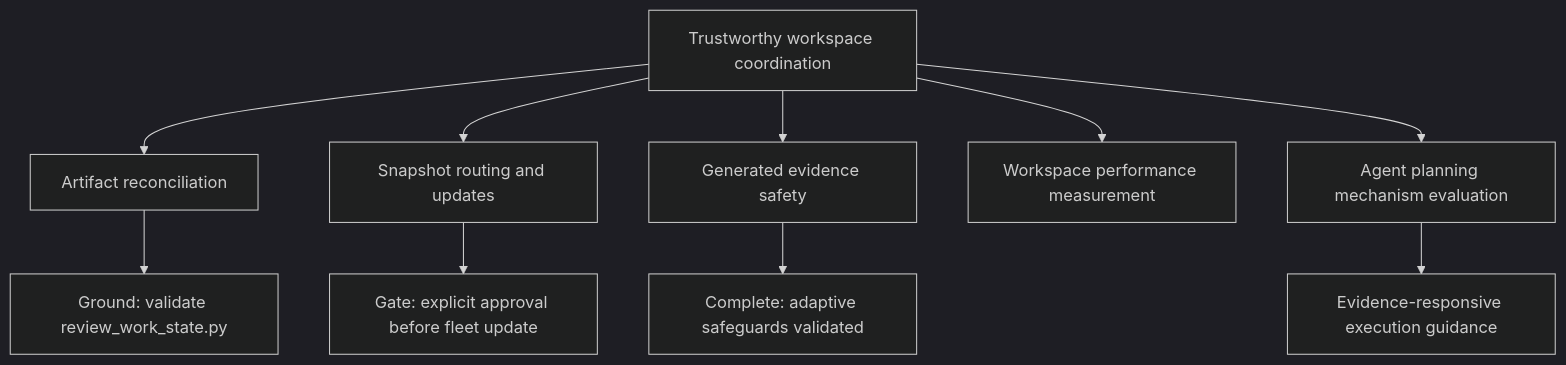
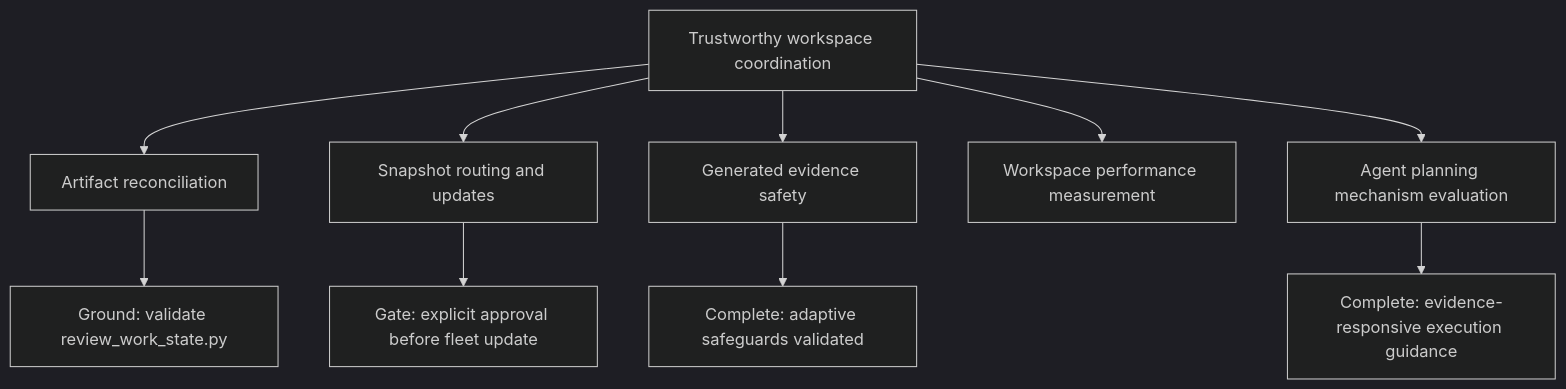
One commit to PC-Redemption/tool_shed changed the diagram in work/maps/map-tool-shed-evolution.md. Above: the diagram before and after it, drawn with Mermaid (dark theme). The commit also changed other lines of this file and 6 other files, not shown here.

Commit message:
Complete evidence-responsive execution rollout

````diff
--- a/work/maps/map-tool-shed-evolution.md
+++ b/work/maps/map-tool-shed-evolution.md
@@ -15,12 +15,12 @@
 ```mermaid
 flowchart TD
   A[Trustworthy workspace coordination] --> B[Artifact reconciliation]
   A --> C[Snapshot routing and updates]
   A --> F[Generated evidence safety]
   A --> H[Workspace performance measurement]
   A --> I[Agent planning mechanism evaluation]
-  I --> J[Evidence-responsive execution guidance]
+  I --> J[Complete: evidence-responsive execution guidance]
   B --> D[Ground: validate review_work_state.py]
   C --> E[Gate: explicit approval before fleet update]
   F --> G[Complete: adaptive safeguards validated]
 ```
````
